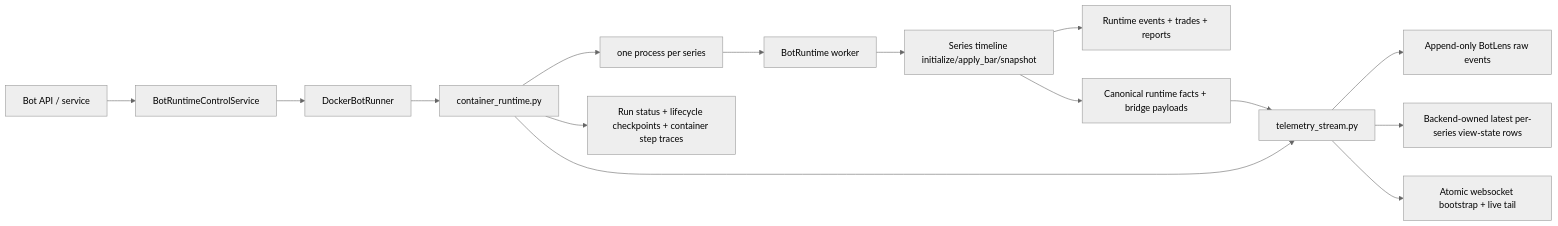
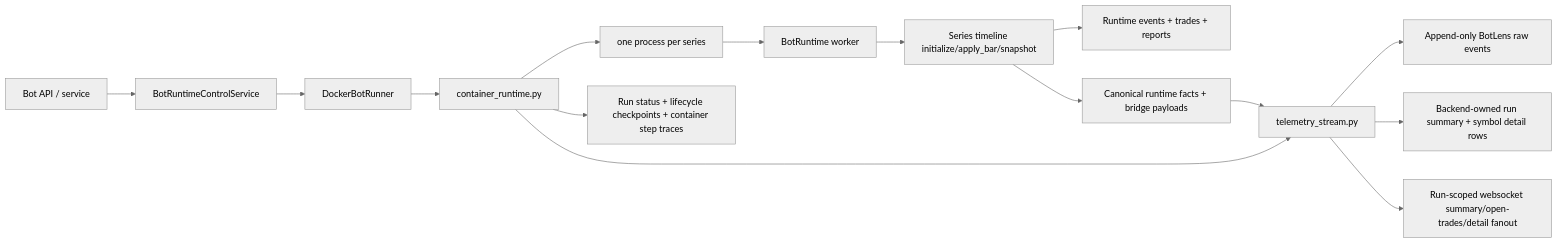
One commit to elijahbrookss/quant-trad changed the diagram in docs/architecture/runtime/BOT_RUNTIME_SERVICE_ARCHITECTURE.md. Above: the diagram before and after it, drawn with Mermaid (neutral theme). The commit also changed other lines of this file and 2 other files, not shown here.

Commit message:
docs: update architecture docs for botlens debugger and runtime service

````diff
--- a/docs/architecture/runtime/BOT_RUNTIME_SERVICE_ARCHITECTURE.md
+++ b/docs/architecture/runtime/BOT_RUNTIME_SERVICE_ARCHITECTURE.md
@@ -64,17 +71,17 @@
 ```mermaid
 flowchart LR
     A[Bot API / service] --> B[BotRuntimeControlService]
     B --> C[DockerBotRunner]
     C --> D[container_runtime.py]
     D --> E[one process per series]
     E --> F[BotRuntime worker]
     F --> G[Series timeline initialize/apply_bar/snapshot]
     G --> H[Runtime events + trades + reports]
     G --> I[Canonical runtime facts + bridge payloads]
     I --> J[telemetry_stream.py]
     D --> J
     J --> K[Append-only BotLens raw events]
-    J --> L[Backend-owned latest per-series view-state rows]
-    J --> M[Atomic websocket bootstrap + live tail]
+    J --> L[Backend-owned run summary + symbol detail rows]
+    J --> M[Run-scoped websocket summary/open-trades/detail fanout]
     D --> N[Run status + lifecycle checkpoints + container step traces]
 ```
````
